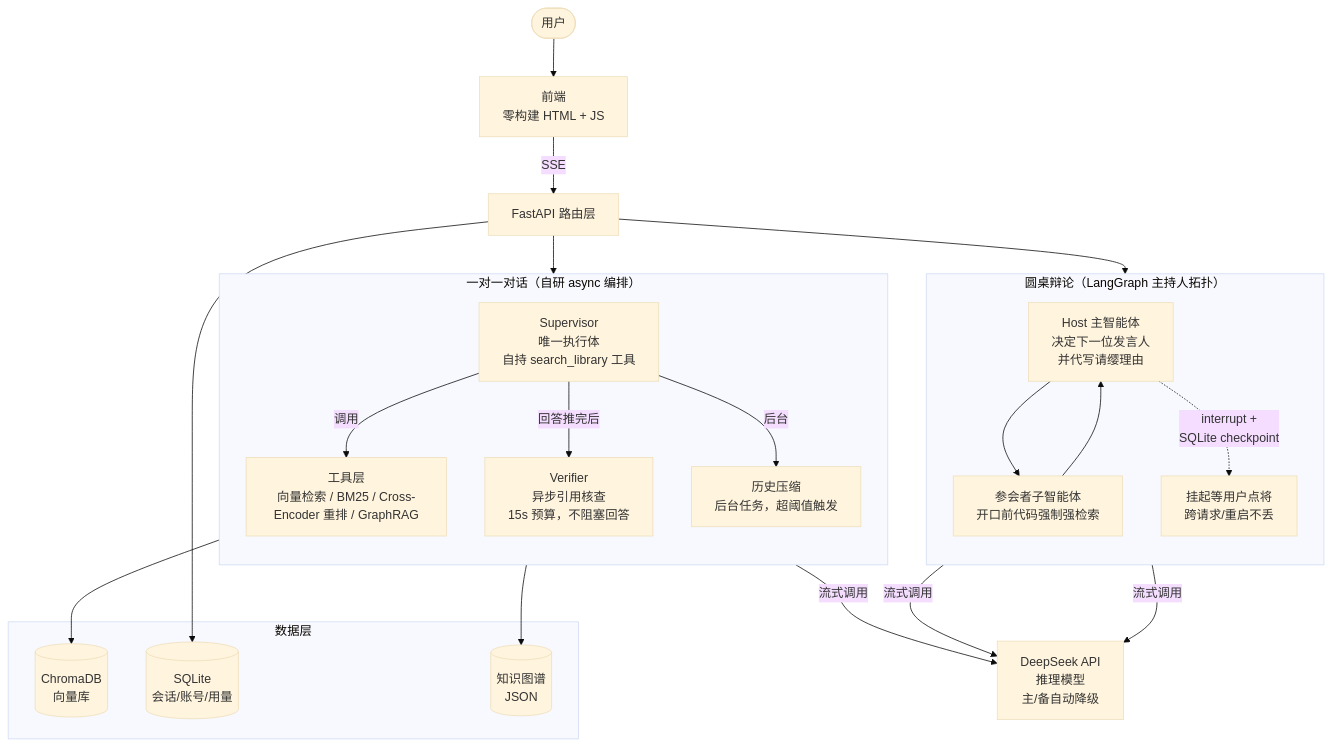
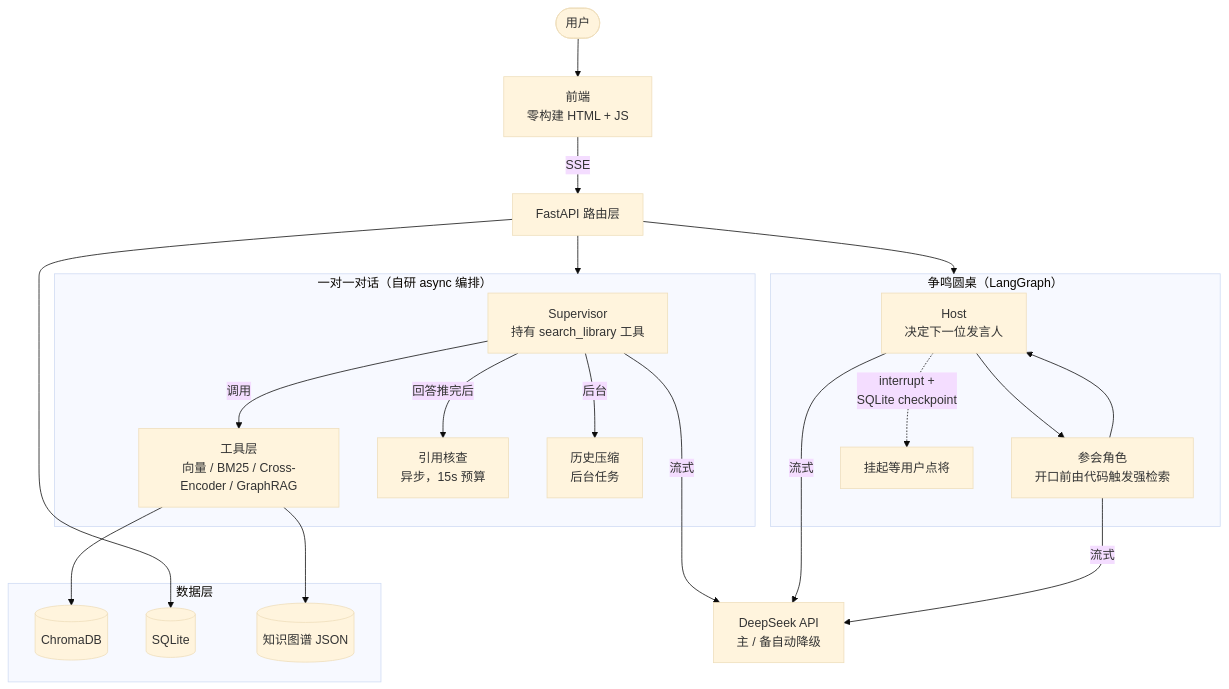
One commit to ThekingofAI91/cuxi changed the diagram in README.md. Above: the diagram before and after it, drawn with Mermaid (base theme). The commit also changed other lines of this file and 2 other files, not shown here.

````diff
--- a/README.md
+++ b/README.md
@@ -19,42 +82,40 @@
 ```mermaid
 flowchart TD
     User([用户]) --> UI[前端<br/>零构建 HTML + JS]
     UI -->|SSE| API[FastAPI 路由层]
 
     subgraph OneOnOne["一对一对话（自研 async 编排）"]
-        direction TB
-        Sup[Supervisor<br/>唯一执行体<br/>自持 search_library 工具]
-        Tools[工具层<br/>向量检索 / BM25 / Cross-Encoder 重排 / GraphRAG]
-        Verify[Verifier<br/>异步引用核查<br/>15s 预算，不阻塞回答]
-        Compress[历史压缩<br/>后台任务，超阈值触发]
+        Sup[Supervisor<br/>持有 search_library 工具]
+        Tools[工具层<br/>向量 / BM25 / Cross-Encoder / GraphRAG]
+        Verify[引用核查<br/>异步，15s 预算]
+        Compress[历史压缩<br/>后台任务]
         Sup -->|调用| Tools
         Sup -->|回答推完后| Verify
         Sup -->|后台| Compress
     end
 
-    subgraph Roundtable["圆桌辩论（LangGraph 主持人拓扑）"]
-        direction TB
-        Host[Host 主智能体<br/>决定下一位发言人<br/>并代写请缨理由]
-        Participants[参会者子智能体<br/>开口前代码强制强检索]
+    subgraph Roundtable["争鸣圆桌（LangGraph）"]
+        Host[Host<br/>决定下一位发言人]
+        Participants[参会角色<br/>开口前由代码触发强检索]
         Host --> Participants
         Participants --> Host
-        Host -.->|interrupt +<br/>SQLite checkpoint| Wait[挂起等用户点将<br/>跨请求/重启不丢]
+        Host -.->|interrupt +<br/>SQLite checkpoint| Wait[挂起等用户点将]
     end
 
     subgraph Data["数据层"]
-        Chroma[(ChromaDB<br/>向量库)]
-        SQLite[(SQLite<br/>会话/账号/用量)]
-        Graph[(知识图谱<br/>JSON)]
+        Chroma[(ChromaDB)]
+        SQLite[(SQLite)]
+        Graph[(知识图谱 JSON)]
     end
 
     API --> OneOnOne
     API --> Roundtable
     Tools --> Chroma
     Tools --> Graph
     API --> SQLite
 
-    LLM[DeepSeek API<br/>推理模型<br/>主/备自动降级]
-    Sup -->|流式调用| LLM
-    Host -->|流式调用| LLM
-    Participants -->|流式调用| LLM
+    LLM[DeepSeek API<br/>主 / 备自动降级]
+    Sup -->|流式| LLM
+    Host -->|流式| LLM
+    Participants -->|流式| LLM
 ```
````
